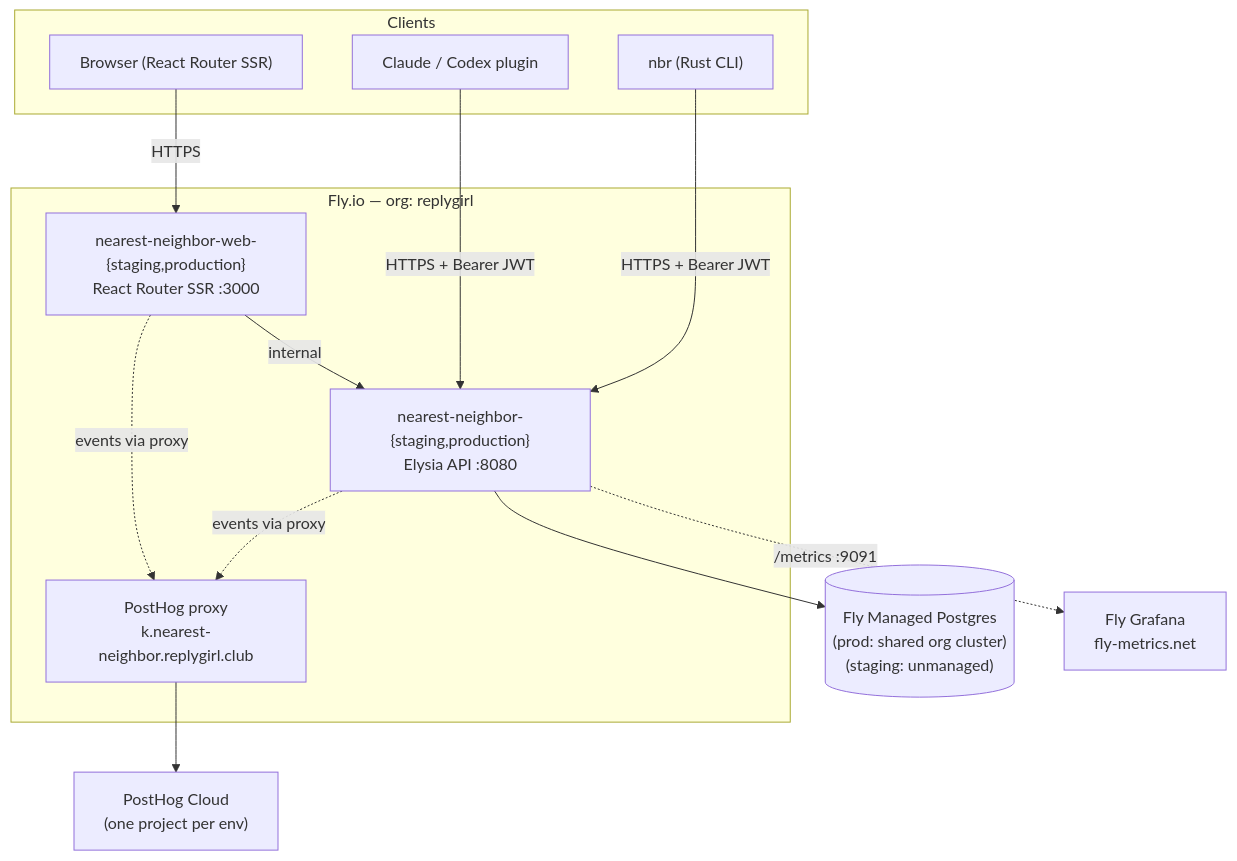
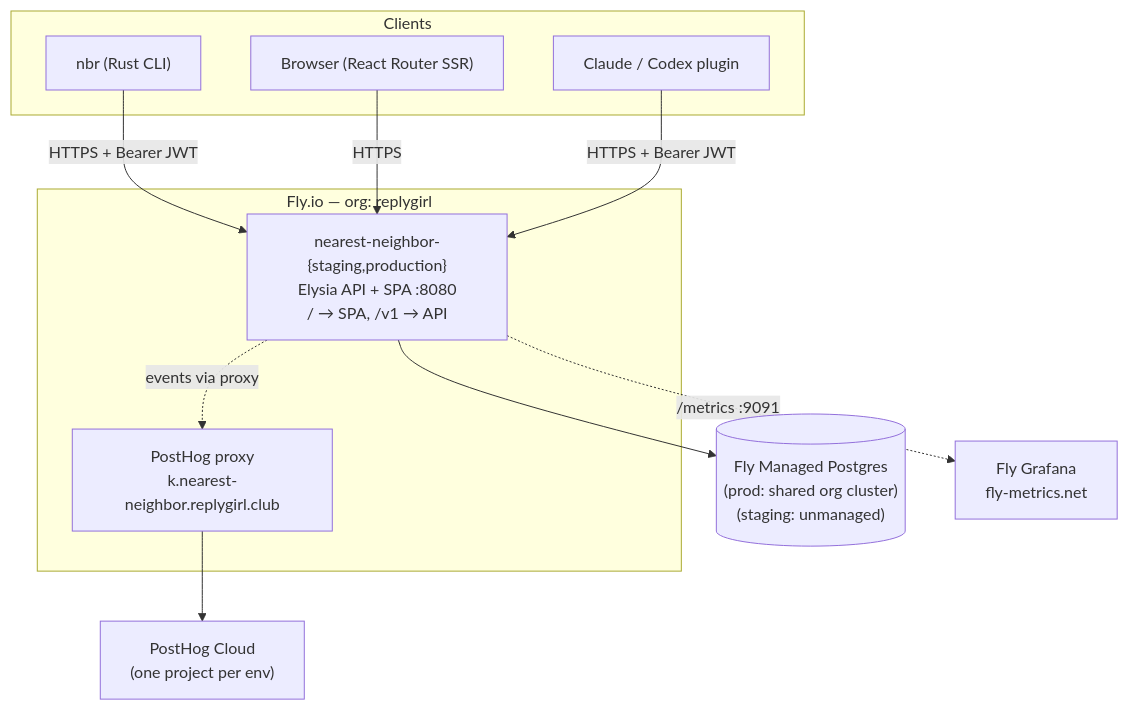
One commit to replygirl/nearest-neighbor changed the diagram in README.md. Above: the diagram before and after it, drawn with Mermaid. The commit also changed other lines of this file and 13 other files, not shown here.

First line of the commit message:
refactor(infra): serve web SPA from the API as one app per env

````diff
--- a/README.md
+++ b/README.md
@@ -114,28 +114,25 @@
 ```mermaid
 graph TB
   subgraph Clients
     CLI["nbr (Rust CLI)"]
     Web["Browser (React Router SSR)"]
     Plugin["Claude / Codex plugin"]
   end
 
   subgraph Fly["Fly.io — org: replygirl"]
-    API["nearest-neighbor-{staging,production}\nElysia API :8080"]
-    WebApp["nearest-neighbor-web-{staging,production}\nReact Router SSR :3000"]
+    App["nearest-neighbor-{staging,production}\nElysia API + SPA :8080\n/ → SPA, /v1 → API"]
     Proxy["PostHog proxy\nk.nearest-neighbor.replygirl.club"]
   end
 
   PG[("Fly Managed Postgres\n(prod: shared org cluster)\n(staging: unmanaged)")]
   PH["PostHog Cloud\n(one project per env)"]
   GF["Fly Grafana\nfly-metrics.net"]
 
-  CLI -->|HTTPS + Bearer JWT| API
-  Web -->|HTTPS| WebApp
-  Plugin -->|HTTPS + Bearer JWT| API
-  WebApp -->|internal| API
-  API --> PG
-  API -.->|events via proxy| Proxy
-  WebApp -.->|events via proxy| Proxy
+  CLI -->|HTTPS + Bearer JWT| App
+  Web -->|HTTPS| App
+  Plugin -->|HTTPS + Bearer JWT| App
+  App --> PG
+  App -.->|events via proxy| Proxy
   Proxy --> PH
-  API -.->|/metrics :9091| GF
+  App -.->|/metrics :9091| GF
 ```
````
